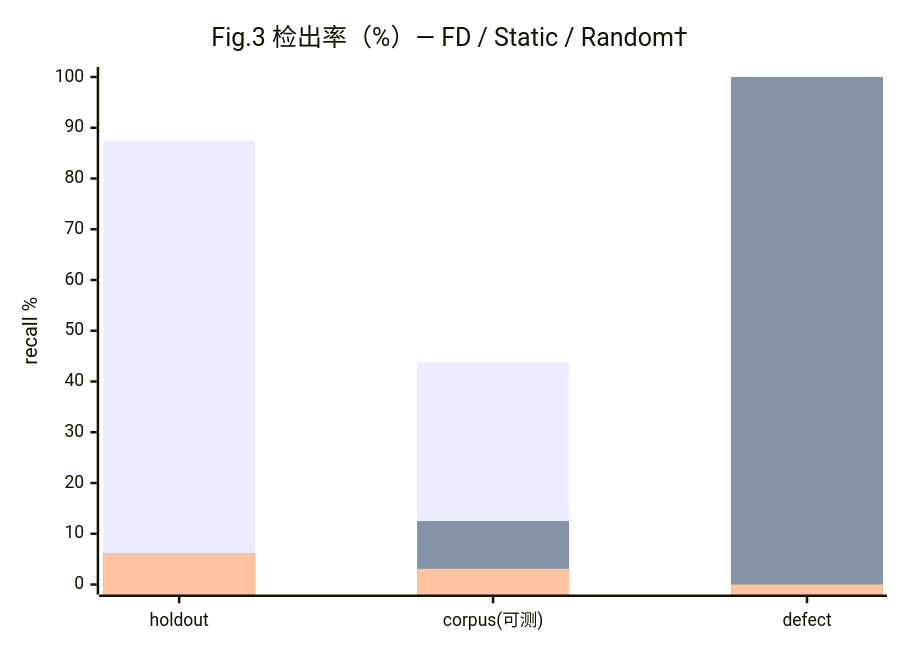
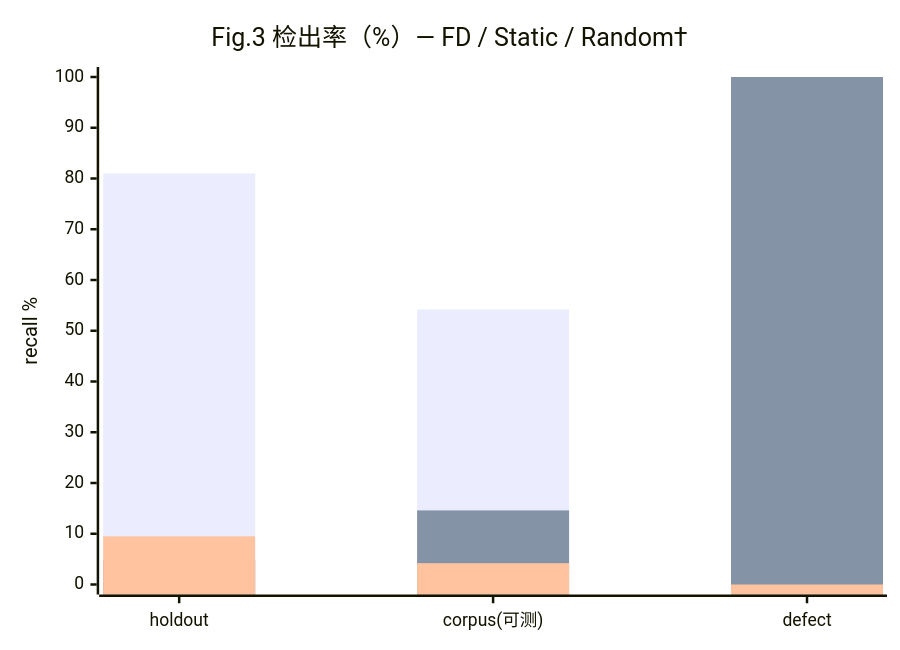
The third of 4 diagrams in research/paper_v0.9.md (LiaoRanran/CPP-Bible), drawn with Mermaid before and after one commit. The commit also changed other lines of this file and 13 other files, not shown here.

````diff
--- a/research/paper_v0.9.md
+++ b/research/paper_v0.9.md
@@ -262,9 +307,9 @@
 ```mermaid
 xychart-beta
     title "Fig.3 检出率（%）— FD / Static / Random†"
     x-axis ["holdout", "corpus(可测)", "defect"]
     y-axis "recall %" 0 --> 100
-    bar [87.5, 43.8, 100]
-    bar [6.2, 12.5, 100]
-    bar [6.2, 3.1, 0]
+    bar [81.0, 54.2, 100]
+    bar [4.8, 14.6, 100]
+    bar [9.5, 4.2, 0]
 ```
````
